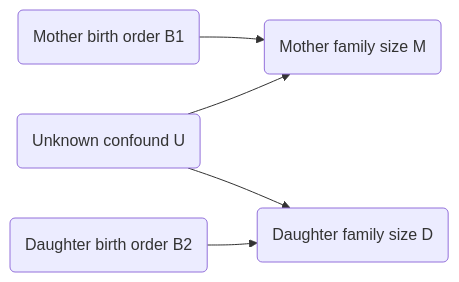
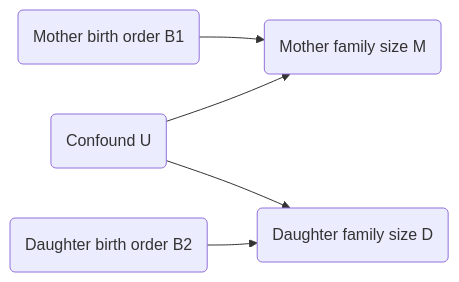
Before and after one commit to erikaduan/textbook_notes: the first of 8 diagrams in blog_posts/regression_richard_mcelreath.md, drawn with Mermaid. The commit also changed other lines of this file and 4 other files, not shown here.

````diff
--- a/blog_posts/regression_richard_mcelreath.md
+++ b/blog_posts/regression_richard_mcelreath.md
@@ -117,8 +113,8 @@
 ``` mermaid
 flowchart LR  
   A(Mother birth order B1) --> B(Mother family size M) 
-  C(Unknown confound U) --> B 
+  C(Confound U) --> B 
   
   D(Daughter birth order B2) --> E(Daughter family size D) 
   C --> E
 ```
````
